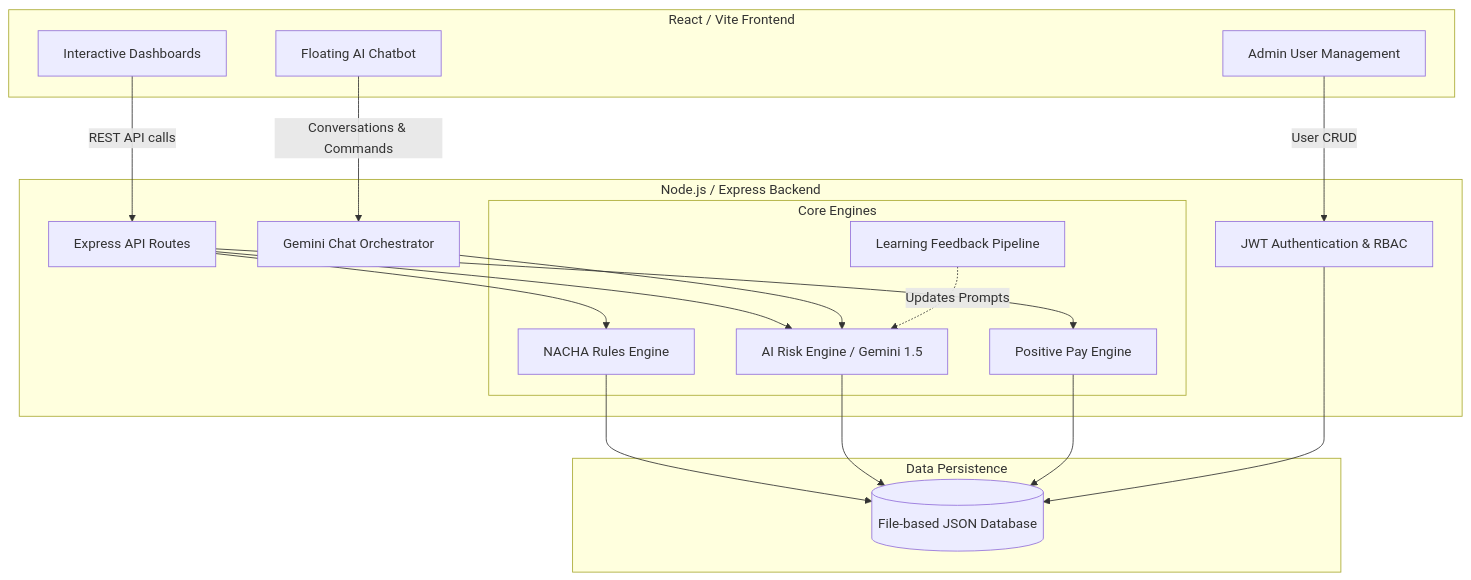
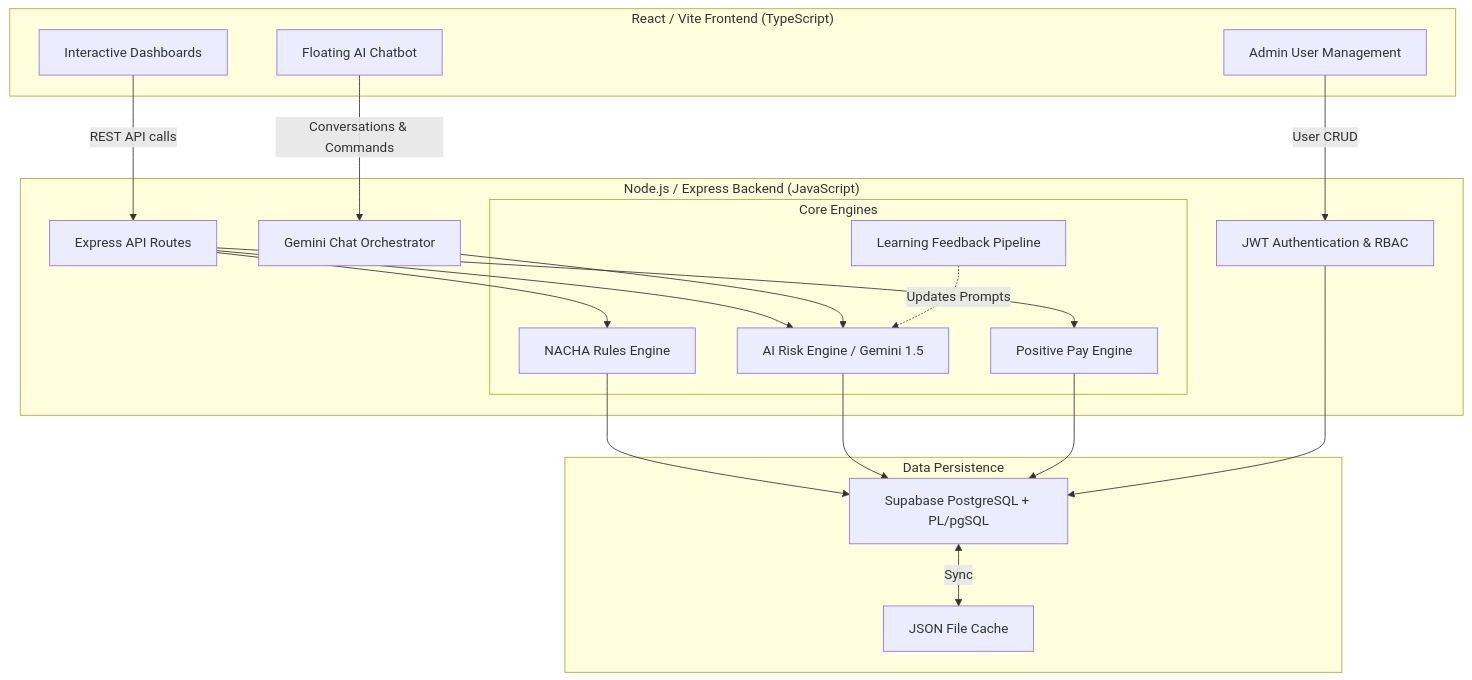
One commit to Kashyap234/ACH-project changed the first of 2 diagrams in README.md. Above: the diagram before and after it, drawn with Mermaid. The commit also changed other lines of this file, not shown here.

````diff
--- a/README.md
+++ b/README.md
@@ -31,40 +123,42 @@
 ```mermaid
 graph TD
-    subgraph Frontend [React / Vite Frontend]
-        UI[Interactive Dashboards]
-        Chat[Floating AI Chatbot]
-        UM[Admin User Management]
+    subgraph Frontend ["React / Vite Frontend (TypeScript)"]
+        UI["Interactive Dashboards"]
+        Chat["Floating AI Chatbot"]
+        UM["Admin User Management"]
     end
 
-    subgraph Backend [Node.js / Express Backend]
-        API[Express API Routes]
-        Auth[JWT Authentication & RBAC]
-        ChatService[Gemini Chat Orchestrator]
+    subgraph Backend ["Node.js / Express Backend (JavaScript)"]
+        API["Express API Routes"]
+        Auth["JWT Authentication & RBAC"]
+        ChatService["Gemini Chat Orchestrator"]
         
-        subgraph Core Engines
-            Rule[NACHA Rules Engine]
-            Risk[AI Risk Engine / Gemini 1.5]
-            PosPay[Positive Pay Engine]
-            Learn[Learning Feedback Pipeline]
+        subgraph CoreEngines ["Core Engines"]
+            Rule["NACHA Rules Engine"]
+            Risk["AI Risk Engine / Gemini 1.5"]
+            PosPay["Positive Pay Engine"]
+            Learn["Learning Feedback Pipeline"]
         end
     end
 
-    subgraph Storage [Data Persistence]
-        DB[(File-based JSON Database)]
+    subgraph Storage ["Data Persistence"]
+        DB["Supabase PostgreSQL + PL/pgSQL"]
+        Cache["JSON File Cache"]
     end
 
-    UI --> |REST API calls| API
-    Chat --> |Conversations & Commands| ChatService
-    UM --> |User CRUD| Auth
+    UI -->|REST API calls| API
+    Chat -->|Conversations & Commands| ChatService
+    UM -->|User CRUD| Auth
     
     API --> Rule
     API --> Risk
     API --> PosPay
     
     Rule --> DB
     Risk --> DB
     PosPay --> DB
     Auth --> DB
     ChatService --> Risk
-    Learn -.-> |Updates Prompts| Risk
+    Learn -.->|Updates Prompts| Risk
+    DB <-->|Sync| Cache
 ```
````
